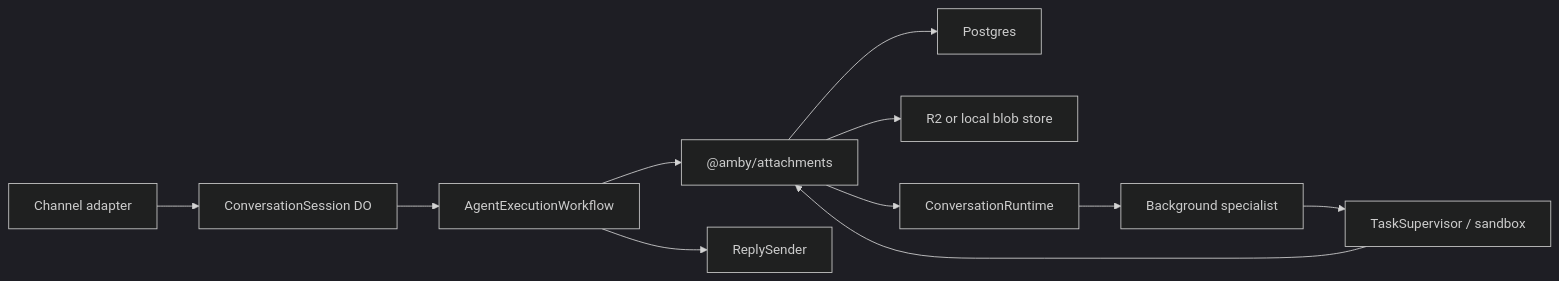
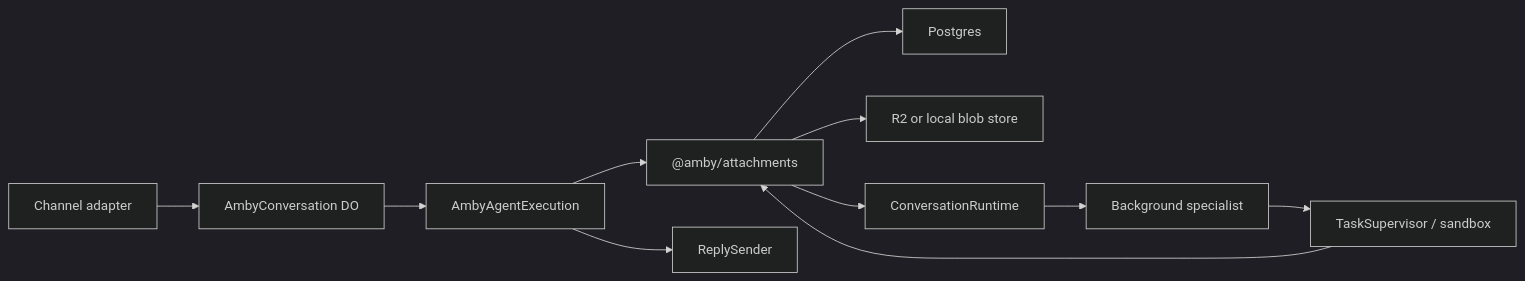
One commit to punitarani/amby changed the first of 5 diagrams in docs/chat/attachments.md. Above: the diagram before and after it, drawn with Mermaid (dark theme). The commit also changed other lines of this file and 17 other files, not shown here.

````diff
--- a/docs/chat/attachments.md
+++ b/docs/chat/attachments.md
@@ -42,13 +42,13 @@
 ```mermaid
 flowchart LR
-    CH["Channel adapter"] --> DO["ConversationSession DO"]
-    DO --> WF["AgentExecutionWorkflow"]
+    CH["Channel adapter"] --> DO["AmbyConversation DO"]
+    DO --> WF["AmbyAgentExecution"]
     WF --> ATT["@amby/attachments"]
     ATT --> DB["Postgres"]
     ATT --> BLOB["R2 or local blob store"]
     ATT --> AG["ConversationRuntime"]
     AG --> BG["Background specialist"]
     BG --> COMP["TaskSupervisor / sandbox"]
     COMP --> ATT
     WF --> SEND["ReplySender"]
 ```
````
